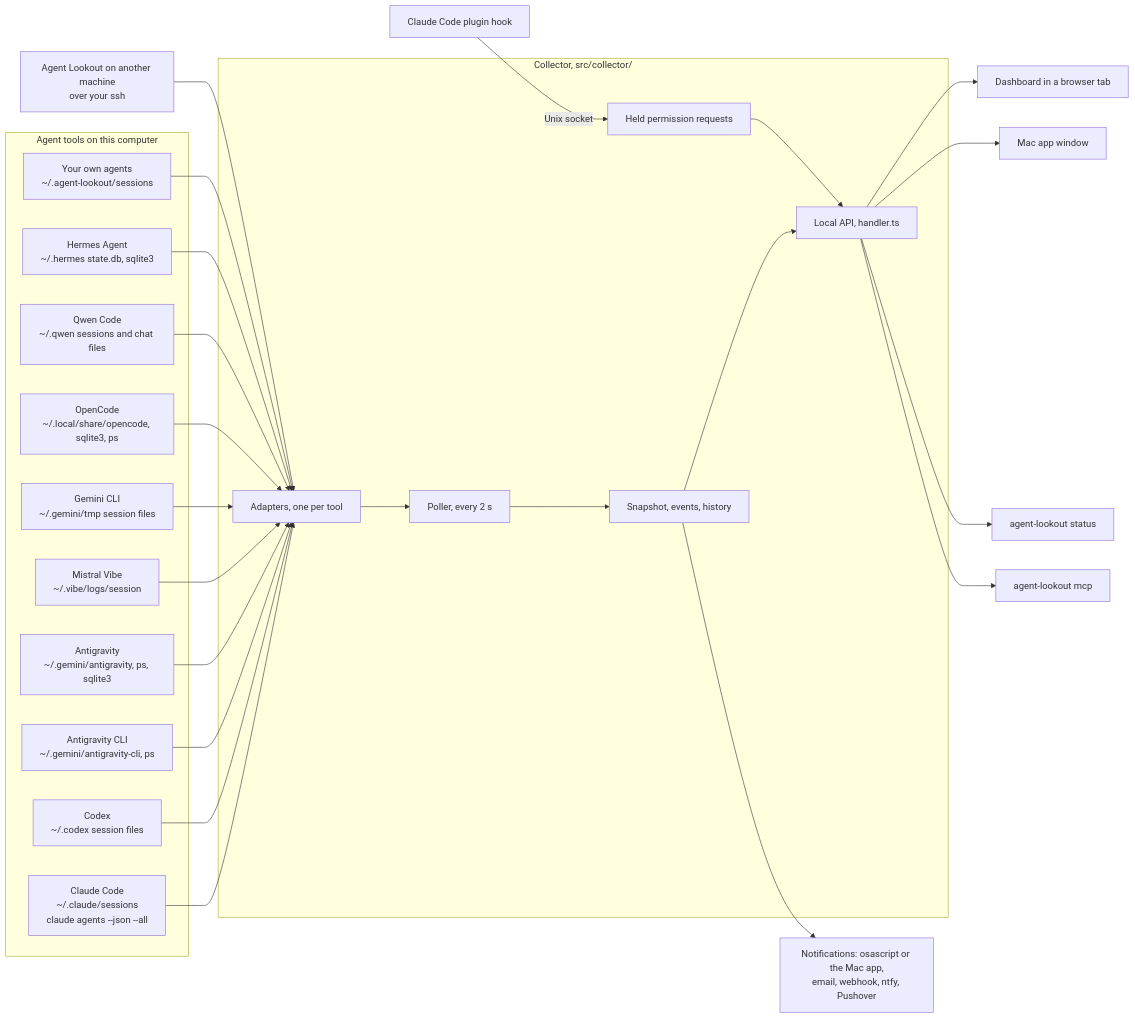
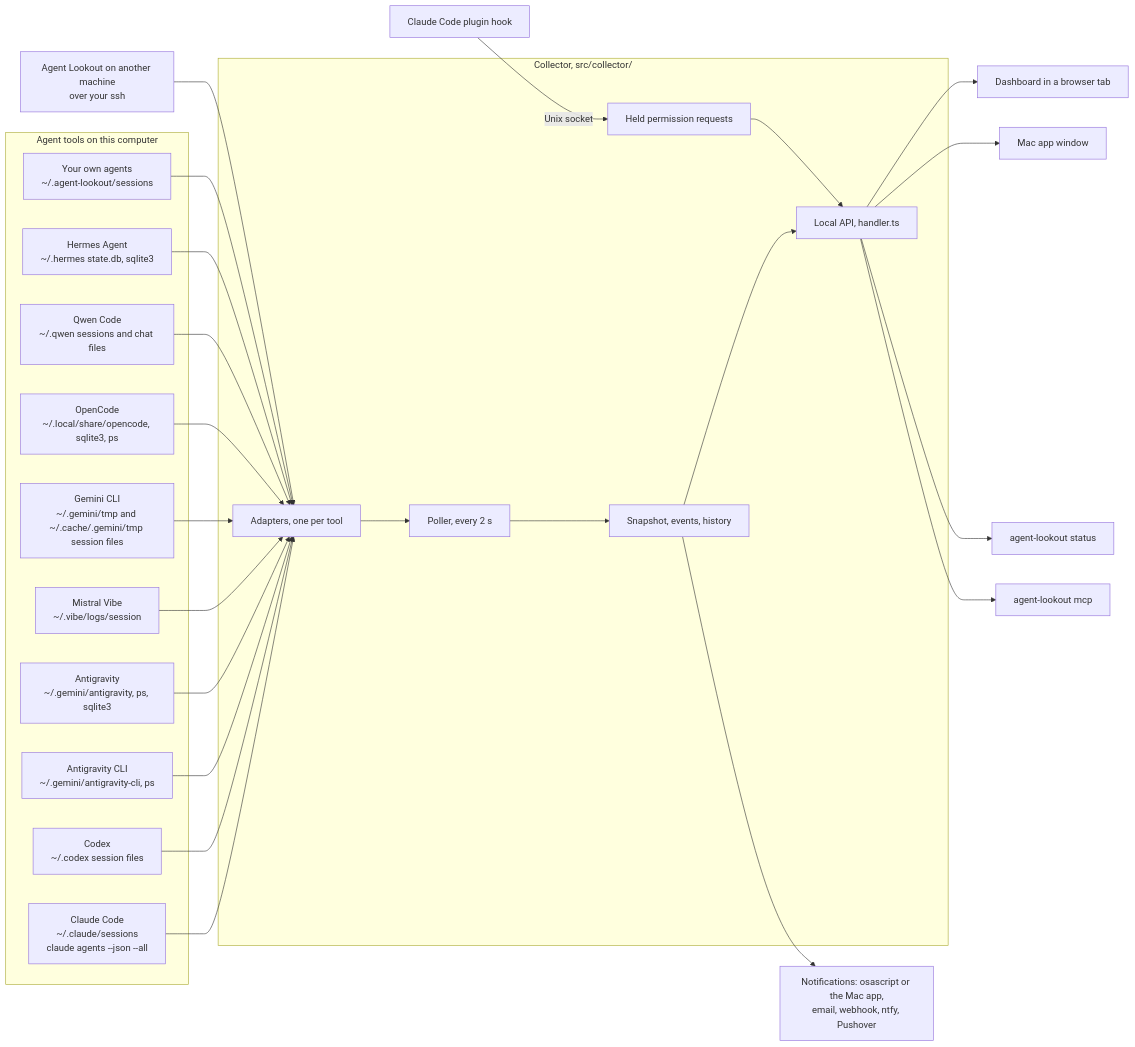
One commit to Olanetsoft/agent-lookout changed the first of 4 diagrams in docs/TOUR.md. Above: the diagram before and after it, drawn with Mermaid. The commit also changed other lines of this file and 22 other files, not shown here.

Commit message:
Find Gemini CLI sessions kept under macOS Seatbelt (#179) (#249)

````diff
--- a/docs/TOUR.md
+++ b/docs/TOUR.md
@@ -29,43 +29,43 @@
 ```mermaid
 flowchart LR
   subgraph tools["Agent tools on this computer"]
     cc["Claude Code<br/>~/.claude/sessions<br/>claude agents --json --all"]
     cx["Codex<br/>~/.codex session files"]
     ag["Antigravity CLI<br/>~/.gemini/antigravity-cli, ps"]
     aa["Antigravity<br/>~/.gemini/antigravity, ps, sqlite3"]
     mv["Mistral Vibe<br/>~/.vibe/logs/session"]
-    gc["Gemini CLI<br/>~/.gemini/tmp session files"]
+    gc["Gemini CLI<br/>~/.gemini/tmp and ~/.cache/.gemini/tmp session files"]
     oc["OpenCode<br/>~/.local/share/opencode, sqlite3, ps"]
     qw["Qwen Code<br/>~/.qwen sessions and chat files"]
     ha["Hermes Agent<br/>~/.hermes state.db, sqlite3"]
     sf["Your own agents<br/>~/.agent-lookout/sessions"]
   end
   remote["Agent Lookout on another machine<br/>over your ssh"]
   plugin["Claude Code plugin hook"]
   subgraph collector["Collector, src/collector/"]
     adapters["Adapters, one per tool"]
     poller["Poller, every 2 s"]
     snap["Snapshot, events, history"]
     api["Local API, handler.ts"]
     held["Held permission requests"]
   end
   cc --> adapters
   cx --> adapters
   ag --> adapters
   aa --> adapters
   mv --> adapters
   gc --> adapters
   oc --> adapters
   qw --> adapters
   ha --> adapters
   sf --> adapters
   remote --> adapters
   plugin -->|"Unix socket"| held
   adapters --> poller --> snap --> api
   held --> api
   api --> page["Dashboard in a browser tab"]
   api --> mac["Mac app window"]
   api --> status["agent-lookout status"]
   api --> mcp["agent-lookout mcp"]
   snap --> channels["Notifications: osascript or the Mac app,<br/>email, webhook, ntfy, Pushover"]
 ```
````
